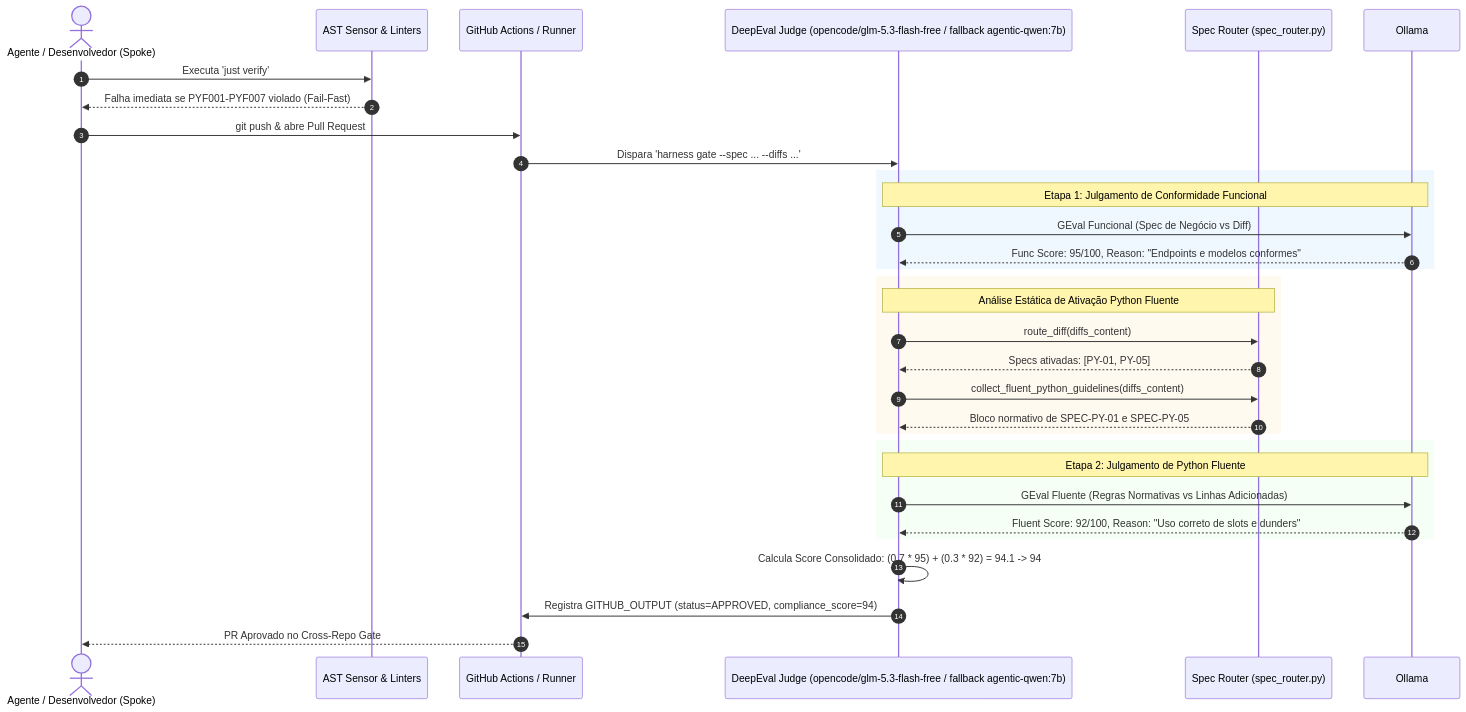
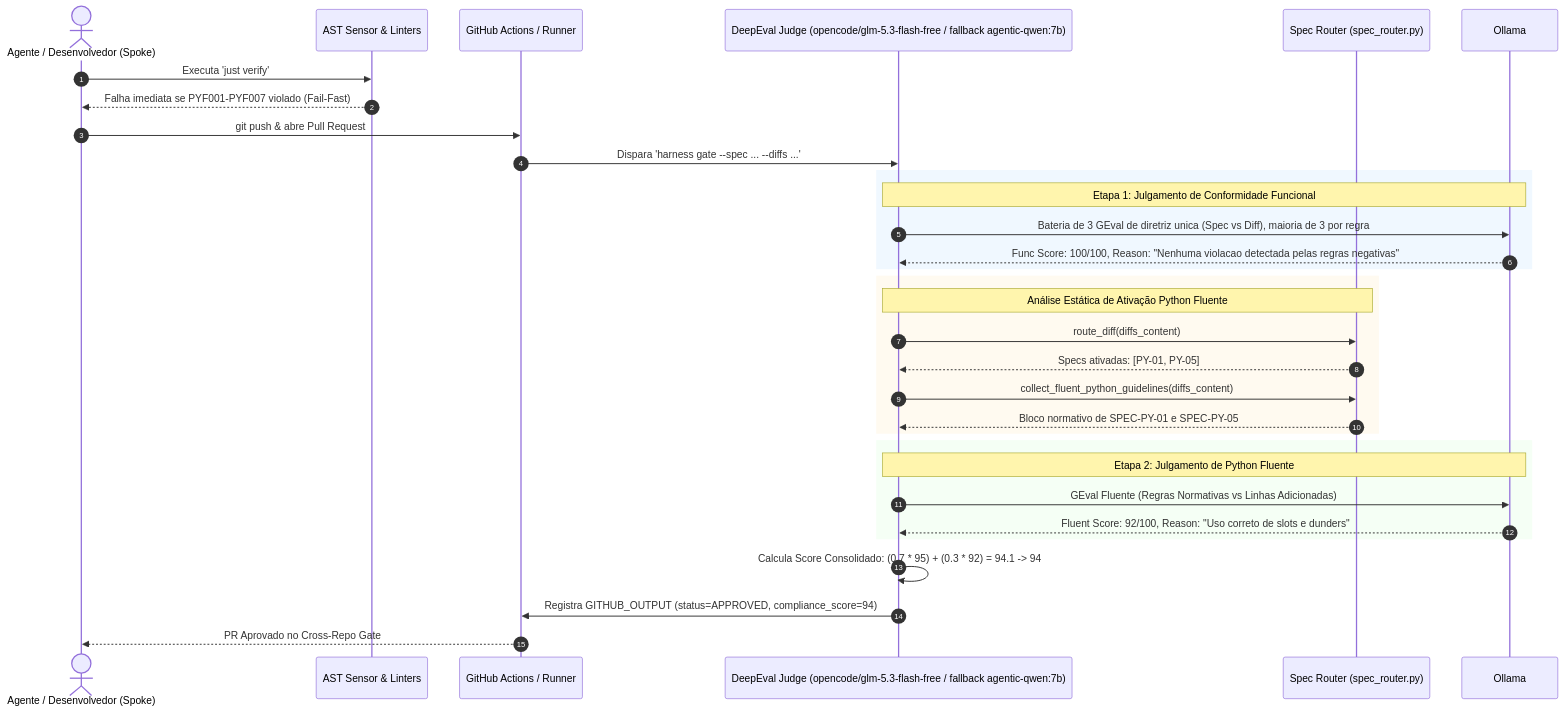
The third of 3 diagrams in docs/architecture/code-evaluation-flow.md (eduardosan/harness-state), drawn with Mermaid before and after one commit. The commit also changed other lines of this file and 7 other files, not shown here.

First line of the commit message:
feat(judge): fábrica single-guideline + guidelines forced-choice; vars ollama do juiz (coder:14b)  (#51)

````diff
--- a/docs/architecture/code-evaluation-flow.md
+++ b/docs/architecture/code-evaluation-flow.md
@@ -132,39 +132,39 @@
 ```mermaid
 sequenceDiagram
     autonumber
     actor Dev as Agente / Desenvolvedor (Spoke)
     participant LocalSensors as AST Sensor & Linters
     participant Actions as GitHub Actions / Runner
     participant Judge as Judge Orchestrator (judge.py)
     participant Router as Spec Router (spec_router.py)
     participant Judge as DeepEval Judge (opencode/glm-5.3-flash-free / fallback agentic-qwen:7b)
 
     Dev->>LocalSensors: Executa 'just verify'
     LocalSensors-->>Dev: Falha imediata se PYF001-PYF007 violado (Fail-Fast)
     Dev->>Actions: git push & abre Pull Request
     Actions->>Judge: Dispara 'harness gate --spec ... --diffs ...'
     
     rect rgb(240, 248, 255)
     Note over Judge,Ollama: Etapa 1: Julgamento de Conformidade Funcional
-    Judge->>Ollama: GEval Funcional (Spec de Negócio vs Diff)
-    Ollama-->>Judge: Func Score: 95/100, Reason: "Endpoints e modelos conformes"
+    Judge->>Ollama: Bateria de 3 GEval de diretriz unica (Spec vs Diff), maioria de 3 por regra
+    Ollama-->>Judge: Func Score: 100/100, Reason: "Nenhuma violacao detectada pelas regras negativas"
     end
 
     rect rgb(255, 250, 240)
     Note over Judge,Router: Análise Estática de Ativação Python Fluente
     Judge->>Router: route_diff(diffs_content)
     Router-->>Judge: Specs ativadas: [PY-01, PY-05]
     Judge->>Router: collect_fluent_python_guidelines(diffs_content)
     Router-->>Judge: Bloco normativo de SPEC-PY-01 e SPEC-PY-05
     end
 
     rect rgb(245, 255, 245)
     Note over Judge,Ollama: Etapa 2: Julgamento de Python Fluente
     Judge->>Ollama: GEval Fluente (Regras Normativas vs Linhas Adicionadas)
     Ollama-->>Judge: Fluent Score: 92/100, Reason: "Uso correto de slots e dunders"
     end
 
     Judge->>Judge: Calcula Score Consolidado: (0.7 * 95) + (0.3 * 92) = 94.1 -> 94
     Judge->>Actions: Registra GITHUB_OUTPUT (status=APPROVED, compliance_score=94)
     Actions-->>Dev: PR Aprovado no Cross-Repo Gate
 ```
````
